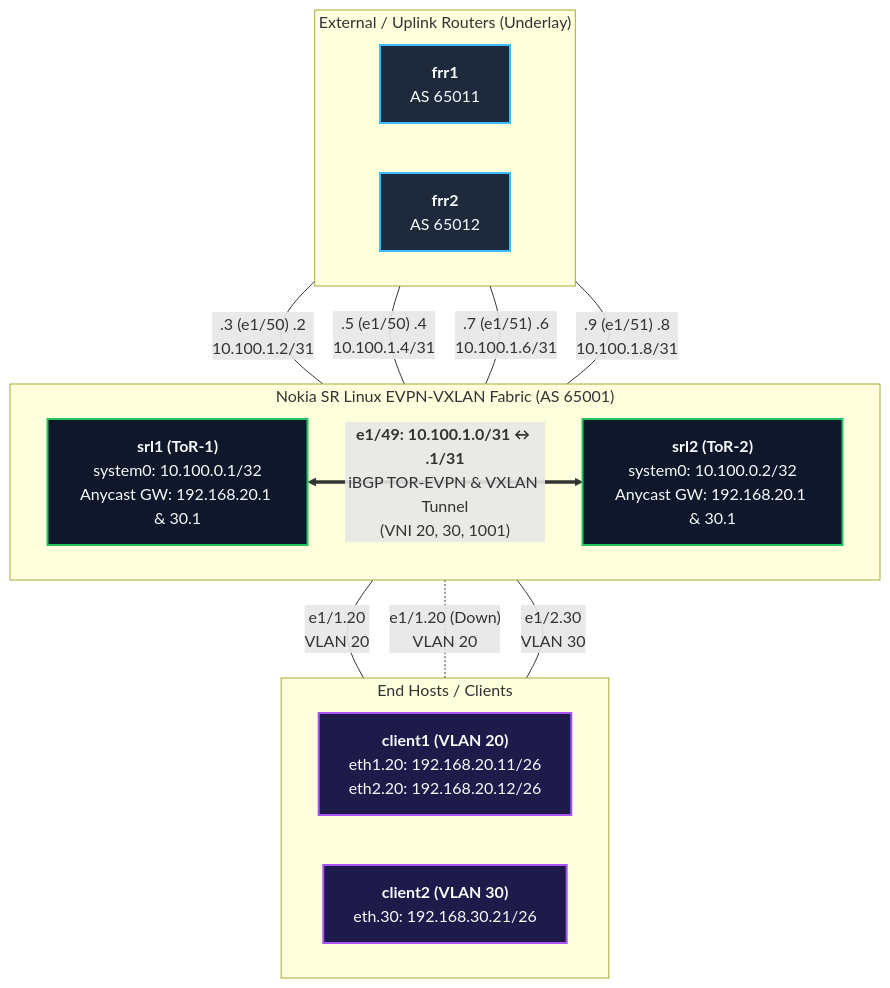
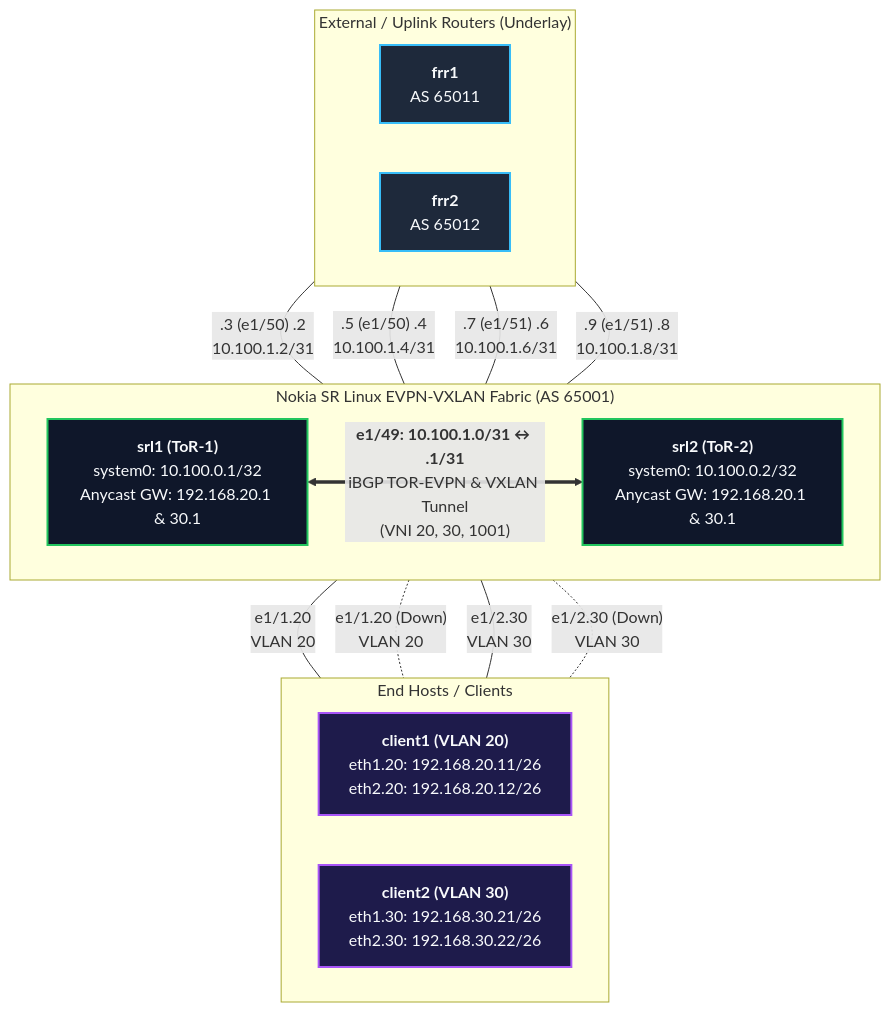
The diagram in README.md (rizkyekasaputra/srlinux-evpn-vxlan-irb-lab), drawn with Mermaid before and after one commit.

````diff
--- a/README.md
+++ b/README.md
@@ -17,41 +17,43 @@
 ```mermaid
 flowchart TB
     subgraph External_Routers ["External / Uplink Routers (Underlay)"]
         direction LR
         FRR1["<b>frr1</b><br/>AS 65011"]
         FRR2["<b>frr2</b><br/>AS 65012"]
     end
 
     subgraph ToR_Fabric ["Nokia SR Linux EVPN-VXLAN Fabric (AS 65001)"]
         direction LR
         SRL1["<b>srl1 (ToR-1)</b><br/>system0: 10.100.0.1/32<br/>Anycast GW: 192.168.20.1 & 30.1"]
         SRL2["<b>srl2 (ToR-2)</b><br/>system0: 10.100.0.2/32<br/>Anycast GW: 192.168.20.1 & 30.1"]
         SRL1 <==>|"<b>e1/49: 10.100.1.0/31 ↔ .1/31</b><br/>iBGP TOR-EVPN & VXLAN Tunnel<br/>(VNI 20, 30, 1001)"| SRL2
     end
 
     subgraph Compute_Hosts ["End Hosts / Clients"]
         direction LR
         C1["<b>client1 (VLAN 20)</b><br/>eth1.20: 192.168.20.11/26<br/>eth2.20: 192.168.20.12/26"]
-        C2["<b>client2 (VLAN 30)</b><br/>eth.30: 192.168.30.21/26"]
+        C2["<b>client2 (VLAN 30)</b><br/>eth1.30: 192.168.30.21/26<br/>eth2.30: 192.168.30.22/26"]
     end
 
     %% Uplink Connections (eBGP)
     FRR1 ---|".3 (e1/50) .2<br/>10.100.1.2/31"| SRL1
     FRR1 ---|".5 (e1/50) .4<br/>10.100.1.4/31"| SRL2
     FRR2 ---|".7 (e1/51) .6<br/>10.100.1.6/31"| SRL1
     FRR2 ---|".9 (e1/51) .8<br/>10.100.1.8/31"| SRL2
 
     %% Downlink to Clients
     SRL1 ---|"e1/1.20<br/>VLAN 20"| C1
     SRL2 -.-|"e1/1.20 (Down)<br/>VLAN 20"| C1
-    SRL2 ---|"e1/2.30<br/>VLAN 30"| C2
+    SRL1 ---|"e1/2.30<br/>VLAN 30"| C2
+    SRL2 -.-|"e1/2.30 (Down)<br/>VLAN 30"| C2
 
     %% Styling
     classDef router fill:#1e293b,stroke:#38bdf8,stroke-width:2px,color:#f8fafc;
     classDef switch fill:#0f172a,stroke:#22c55e,stroke-width:2px,color:#f8fafc;
     classDef host fill:#1e1b4b,stroke:#a855f7,stroke-width:2px,color:#f8fafc;
 
     class FRR1,FRR2 router;
     class SRL1,SRL2 switch;
     class C1,C2 host;
+
 ```
````
